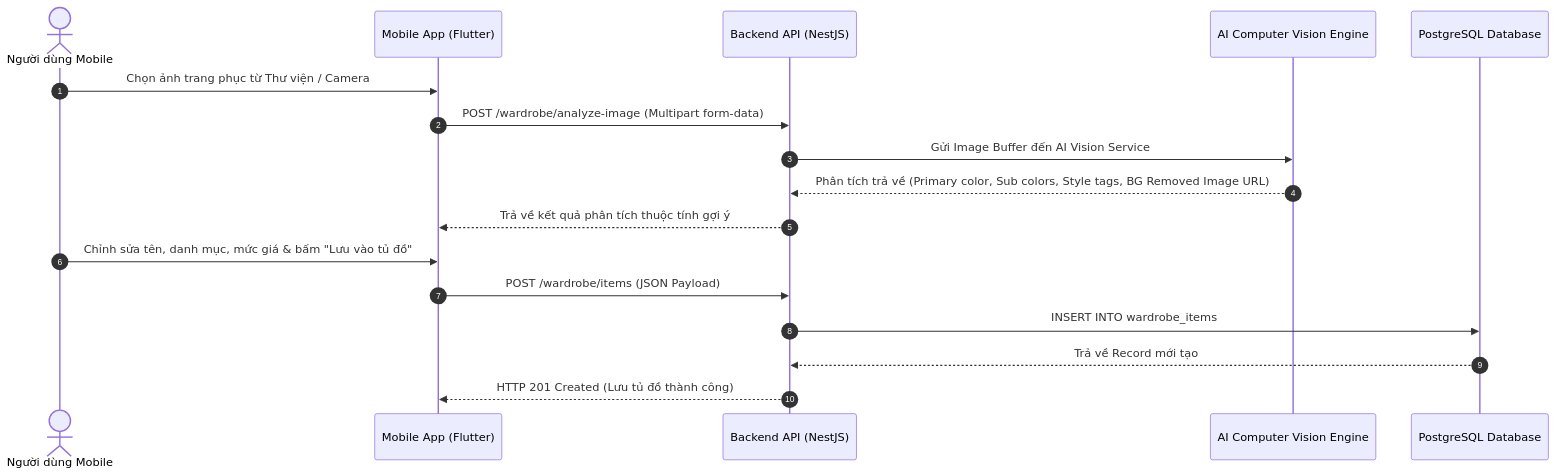
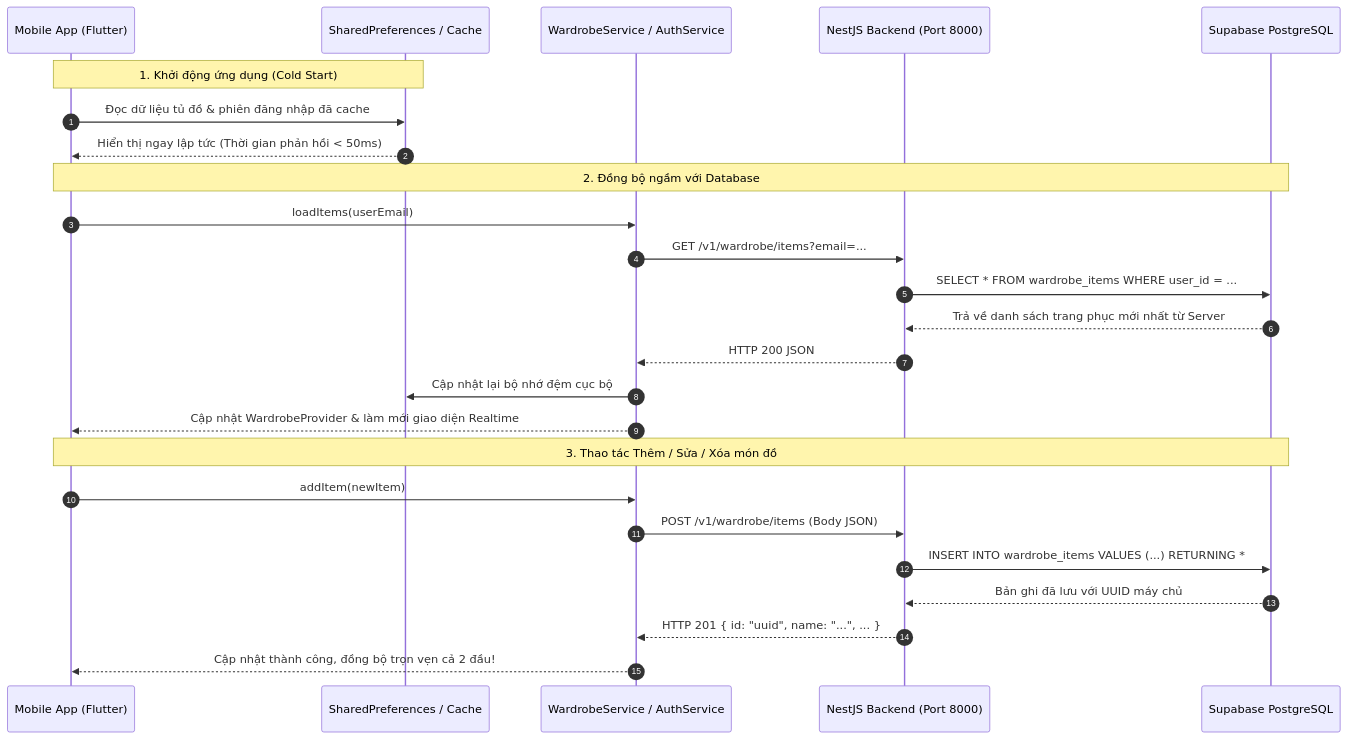
The fifth of 5 diagrams in docs/TECHNICAL_DOCUMENTATION.md (Vinhan05/Wearsy), drawn with Mermaid before and after one commit. The commit also changed other lines of this file and 77 other files, not shown here.

````diff
--- a/docs/TECHNICAL_DOCUMENTATION.md
+++ b/docs/TECHNICAL_DOCUMENTATION.md
@@ -356,20 +406,30 @@
 ```mermaid
 sequenceDiagram
     autonumber
-    actor User as Người dùng Mobile
     participant App as Mobile App (Flutter)
-    participant API as Backend API (NestJS)
-    participant AI as AI Computer Vision Engine
-    participant DB as PostgreSQL Database
+    participant Local as SharedPreferences / Cache
+    participant Service as WardrobeService / AuthService
+    participant API as NestJS Backend (Port 8000)
+    participant DB as Supabase PostgreSQL
 
-    User->>App: Chọn ảnh trang phục từ Thư viện / Camera
-    App->>API: POST /wardrobe/analyze-image (Multipart form-data)
-    API->>AI: Gửi Image Buffer đến AI Vision Service
-    AI-->>API: Phân tích trả về (Primary color, Sub colors, Style tags, BG Removed Image URL)
-    API-->>App: Trả về kết quả phân tích thuộc tính gợi ý
-    User->>App: Chỉnh sửa tên, danh mục, mức giá & bấm "Lưu vào tủ đồ"
-    App->>API: POST /wardrobe/items (JSON Payload)
-    API->>DB: INSERT INTO wardrobe_items
-    DB-->>API: Trả về Record mới tạo
-    API-->>App: HTTP 201 Created (Lưu tủ đồ thành công)
+    Note over App,Local: 1. Khởi động ứng dụng (Cold Start)
+    App->>Local: Đọc dữ liệu tủ đồ & phiên đăng nhập đã cache
+    Local-->>App: Hiển thị ngay lập tức (Thời gian phản hồi < 50ms)
+    
+    Note over App,DB: 2. Đồng bộ ngầm với Database
+    App->>Service: loadItems(userEmail)
+    Service->>API: GET /v1/wardrobe/items?email=...
+    API->>DB: SELECT * FROM wardrobe_items WHERE user_id = ...
+    DB-->>API: Trả về danh sách trang phục mới nhất từ Server
+    API-->>Service: HTTP 200 JSON
+    Service->>Local: Cập nhật lại bộ nhớ đệm cục bộ
+    Service-->>App: Cập nhật WardrobeProvider & làm mới giao diện Realtime
+
+    Note over App,DB: 3. Thao tác Thêm / Sửa / Xóa món đồ
+    App->>Service: addItem(newItem)
+    Service->>API: POST /v1/wardrobe/items (Body JSON)
+    API->>DB: INSERT INTO wardrobe_items VALUES (...) RETURNING *
+    DB-->>API: Bản ghi đã lưu với UUID máy chủ
+    API-->>Service: HTTP 201 { id: "uuid", name: "...", ... }
+    Service-->>App: Cập nhật thành công, đồng bộ trọn vẹn cả 2 đầu!
 ```
````
